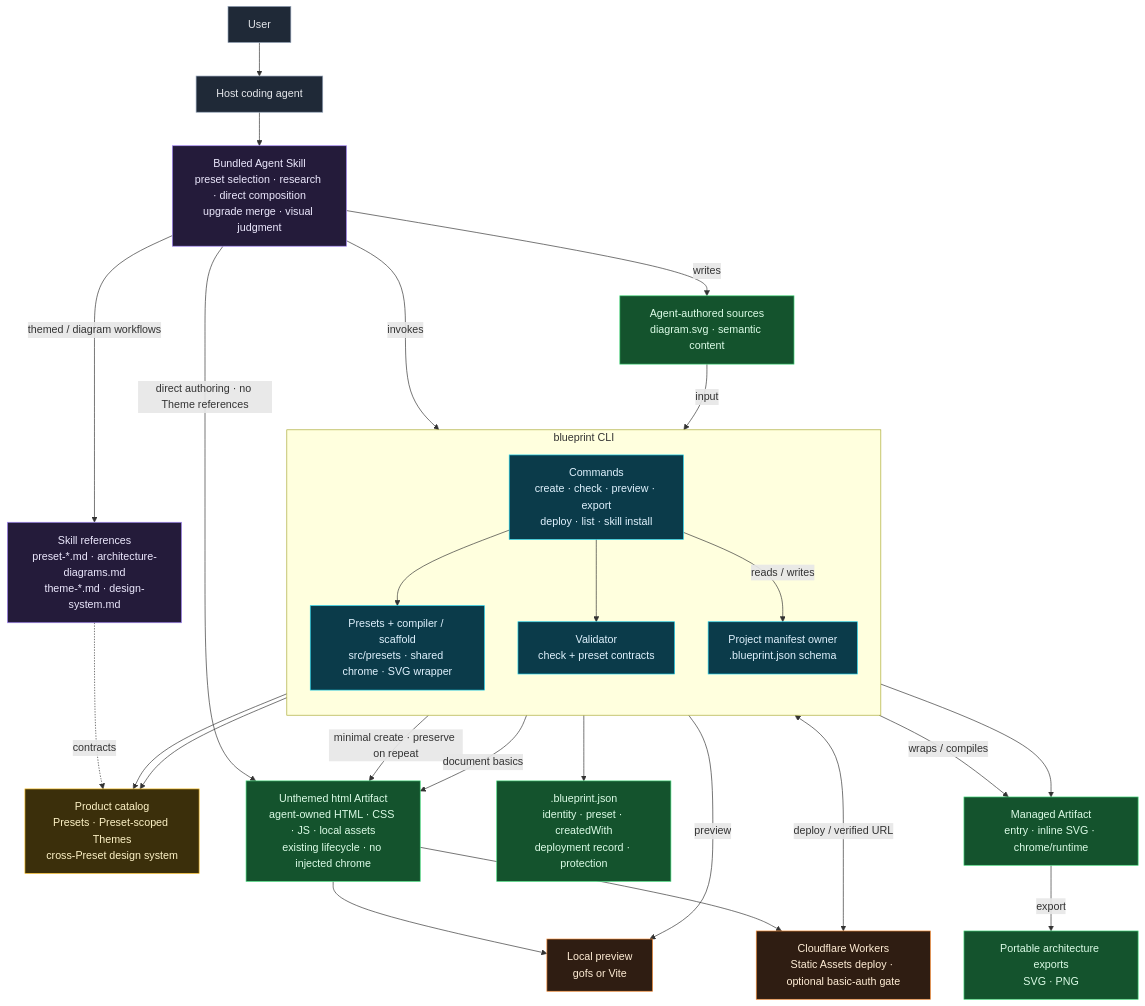
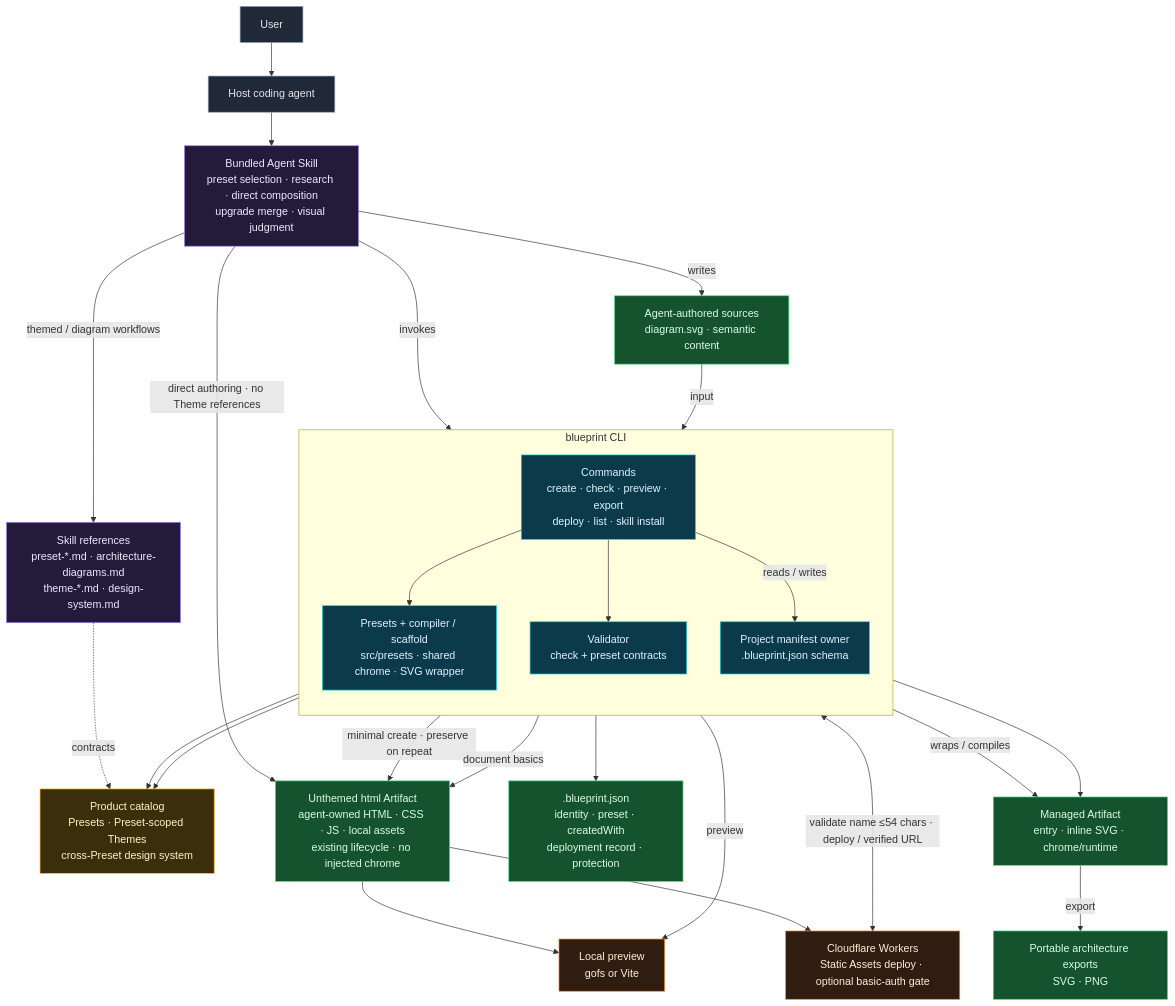
One commit to samzong/blueprint changed the diagram in docs/architecture/live/blueprint.mmd. Above: the diagram before and after it, drawn with Mermaid. The commit also changed 4 other files, not shown here.

```diff
--- a/docs/architecture/live/blueprint.mmd
+++ b/docs/architecture/live/blueprint.mmd
@@ -1,60 +1,60 @@
 %% blueprint — CLI + Agent Skill architecture
 %% Single source of truth for this repository's system boundary.
 %% UPDATE THIS FILE in the same change whenever the architecture changes.
 %% See README.md in this directory.
 flowchart TB
     classDef actor fill:#1f2937,stroke:#94a3b8,stroke-width:1px,color:#e5e7eb
     classDef skill fill:#241b3a,stroke:#a78bfa,stroke-width:1px,color:#ede9fe
     classDef cli fill:#0b3b4a,stroke:#22d3ee,stroke-width:1px,color:#e0f2fe
     classDef catalog fill:#3b2f0b,stroke:#fbbf24,stroke-width:1px,color:#fef3c7
     classDef artifact fill:#14532d,stroke:#4ade80,stroke-width:1px,color:#dcfce7
     classDef external fill:#2f1d12,stroke:#fb923c,stroke-width:1px,color:#ffedd5
 
     User["User"]:::actor
     Agent["Host coding agent"]:::actor
 
     Skill["Bundled Agent Skill<br/>preset selection · research · direct composition<br/>upgrade merge · visual judgment"]:::skill
     Refs["Skill references<br/>preset-*.md · architecture-diagrams.md<br/>theme-*.md · design-system.md"]:::skill
 
     subgraph CLI["blueprint CLI"]
         direction TB
         Commands["Commands<br/>create · check · preview · export<br/>deploy · list · skill install"]:::cli
         Compiler["Presets + compiler / scaffold<br/>src/presets · shared chrome · SVG wrapper"]:::cli
         Validator["Validator<br/>check + preset contracts"]:::cli
         Manifest["Project manifest owner<br/>.blueprint.json schema"]:::cli
         Commands --> Compiler
         Commands --> Validator
         Commands -->|"reads / writes"| Manifest
     end
 
     Catalog["Product catalog<br/>Presets · Preset-scoped Themes<br/>cross-Preset design system"]:::catalog
 
     Sources["Agent-authored sources<br/>diagram.svg · semantic content"]:::artifact
     Artifact["Managed Artifact<br/>entry · inline SVG · chrome/runtime"]:::artifact
     ProjectMeta[".blueprint.json<br/>identity · preset · createdWith<br/>deployment record · protection"]:::artifact
     Html["Unthemed html Artifact<br/>agent-owned HTML · CSS · JS · local assets<br/>existing lifecycle · no injected chrome"]:::artifact
     Portable["Portable architecture exports<br/>SVG · PNG"]:::artifact
 
     Preview["Local preview<br/>gofs or Vite"]:::external
     Wrangler["Cloudflare Workers<br/>Static Assets deploy · optional basic-auth gate"]:::external
 
     User --> Agent
     Agent --> Skill
     Skill -->|"themed / diagram workflows"| Refs
     Skill -->|"invokes"| Commands
     Skill -->|"writes"| Sources
     Skill -->|"direct authoring · no Theme references"| Html
     Commands -->|"minimal create · preserve on repeat"| Html
     Validator -->|"document basics"| Html
     Html --> Preview
     Html --> Wrangler
     Refs -.->|"contracts"| Catalog
     Compiler --> Catalog
     Validator --> Catalog
     Sources -->|"input"| Compiler
     Compiler -->|"wraps / compiles"| Artifact
     Artifact -->|"export"| Portable
     Validator --> Artifact
     Manifest --> ProjectMeta
     Commands -->|"preview"| Preview
-    Commands <-->|"deploy / verified URL"| Wrangler
+    Commands <-->|"validate name ≤54 chars · deploy / verified URL"| Wrangler
```
